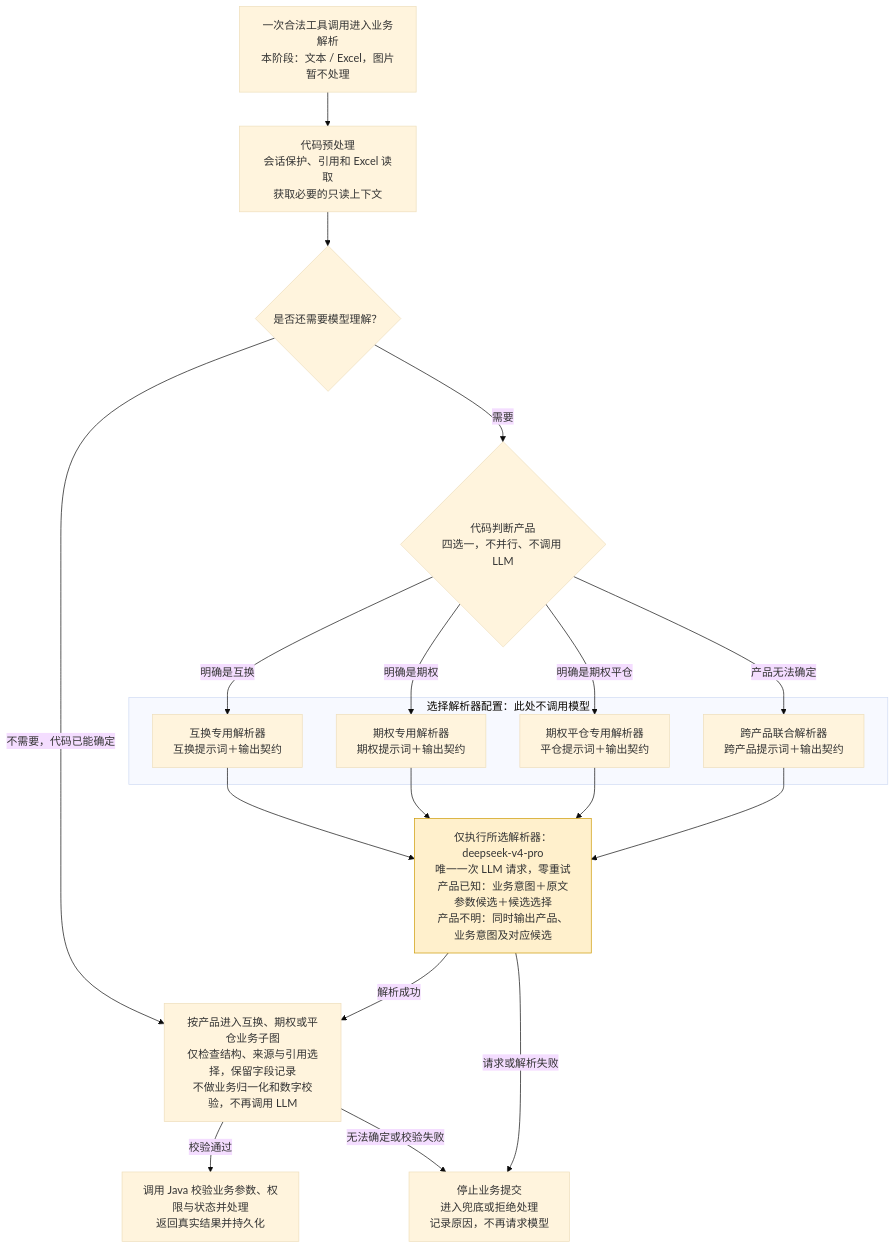
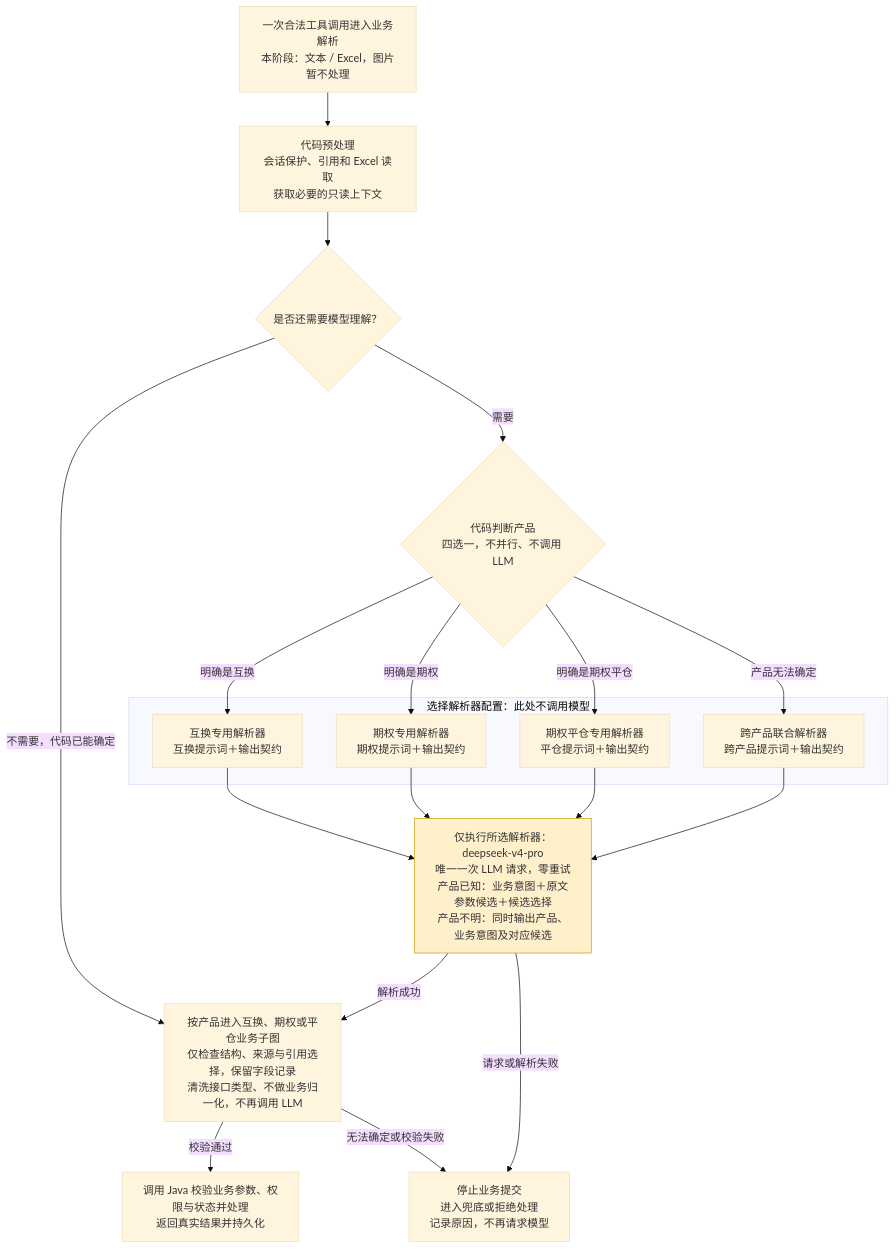
Before and after one commit to HXLoong/aigc-langgraph-main: the diagram in docs/adr/0031-single-model-request-per-message.md, drawn with Mermaid (base theme). The commit also changed other lines of this file and 365 other files, not shown here.

First line of the commit message:
refactor(graph,harness): 落实单次模型解析与期权评测闭环

````diff
--- a/docs/adr/0031-single-model-request-per-message.md
+++ b/docs/adr/0031-single-model-request-per-message.md
@@ -32,30 +32,30 @@
 ```mermaid
 flowchart TD
     A["一次合法工具调用进入业务解析<br/>本阶段：文本 / Excel，图片暂不处理"] --> B["代码预处理<br/>会话保护、引用和 Excel 读取<br/>获取必要的只读上下文"]
     B --> C{"是否还需要模型理解？"}
     C -->|"不需要，代码已能确定"| H
     C -->|"需要"| D{"代码判断产品<br/>四选一，不并行、不调用 LLM"}
 
     subgraph SELECT["选择解析器配置：此处不调用模型"]
         S["互换专用解析器<br/>互换提示词＋输出契约"]
         O["期权专用解析器<br/>期权提示词＋输出契约"]
         P["期权平仓专用解析器<br/>平仓提示词＋输出契约"]
         U["跨产品联合解析器<br/>跨产品提示词＋输出契约"]
     end
 
     D -->|"明确是互换"| S
     D -->|"明确是期权"| O
     D -->|"明确是期权平仓"| P
     D -->|"产品无法确定"| U
     S --> E
     O --> E
     P --> E
     U --> E["仅执行所选解析器：deepseek-v4-pro<br/>唯一一次 LLM 请求，零重试<br/>产品已知：业务意图＋原文参数候选＋候选选择<br/>产品不明：同时输出产品、业务意图及对应候选"]
 
-    E -->|"解析成功"| H["按产品进入互换、期权或平仓业务子图<br/>仅检查结构、来源与引用选择，保留字段记录<br/>不做业务归一化和数字校验，不再调用 LLM"]
+    E -->|"解析成功"| H["按产品进入互换、期权或平仓业务子图<br/>仅检查结构、来源与引用选择，保留字段记录<br/>清洗接口类型、不做业务归一化，不再调用 LLM"]
     E -->|"请求或解析失败"| J["停止业务提交<br/>进入兜底或拒绝处理<br/>记录原因，不再请求模型"]
     H -->|"校验通过"| I["调用 Java 校验业务参数、权限与状态并处理<br/>返回真实结果并持久化"]
     H -->|"无法确定或校验失败"| J
 
     style E fill:#fff0cc,stroke:#cc9900
 ```
````
